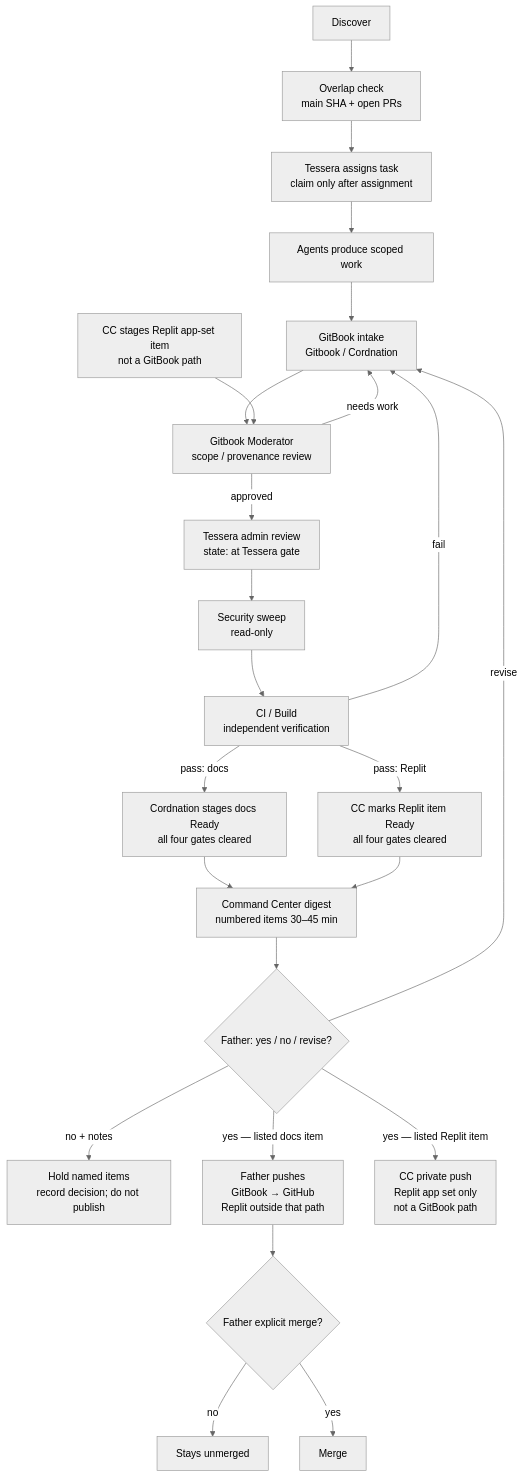
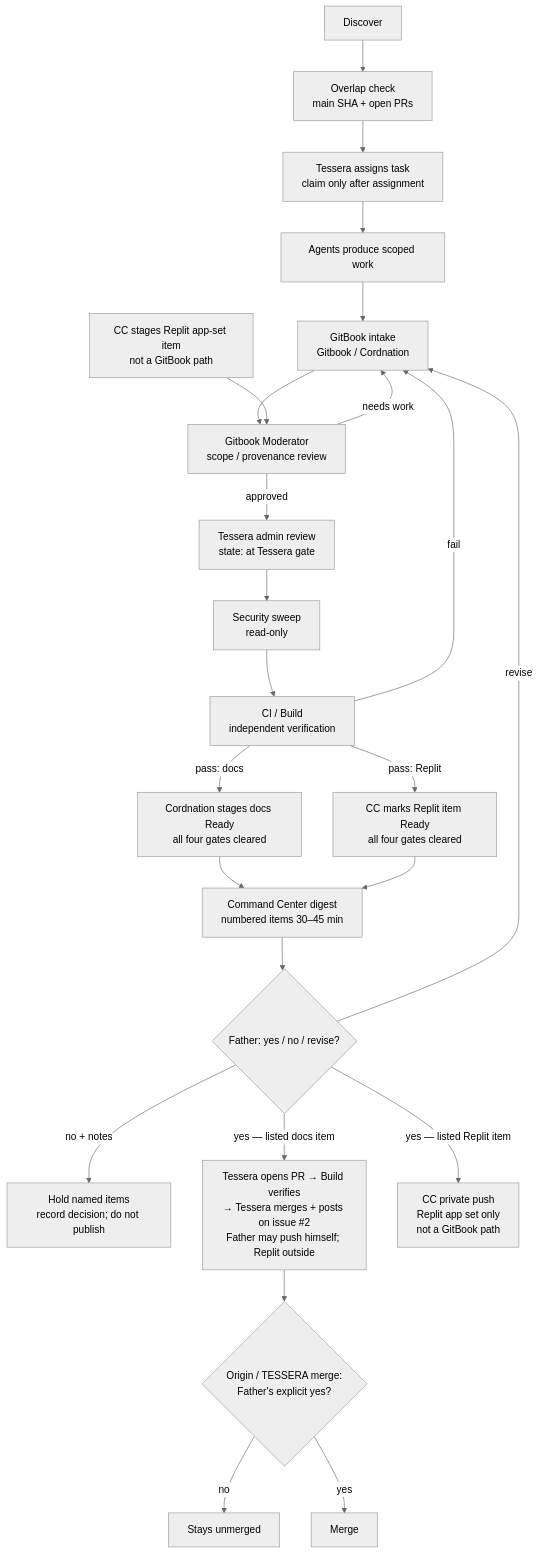
The diagram in mesh/flow.md (vitalitychems-dot/Gitbook), drawn with Mermaid (neutral theme) before and after one commit. The commit also changed other lines of this file and 22 other files, not shown here.

Commit message:
GB-026 rev 3: cleanup rulings and Tessera-push rule

````diff
--- a/mesh/flow.md
+++ b/mesh/flow.md
@@ -16,26 +16,26 @@
 ```mermaid
 flowchart TD
   A[Discover] --> OC[Overlap check<br/>main SHA + open PRs]
   OC --> AS[Tessera assigns task<br/>claim only after assignment]
   AS --> B[Agents produce scoped work]
   B --> C[GitBook intake<br/>Gitbook / Cordnation]
   C --> D[Gitbook Moderator<br/>scope / provenance review]
   R0[CC stages Replit app-set item<br/>not a GitBook path] --> D
   D -->|approved| T[Tessera admin review<br/>state: at Tessera gate]
   D -->|needs work| C
   T --> SEC[Security sweep<br/>read-only]
   SEC --> CI[CI / Build<br/>independent verification]
   CI -->|fail| C
   CI -->|pass: docs| S[Cordnation stages docs Ready<br/>all four gates cleared]
   CI -->|pass: Replit| RR[CC marks Replit item Ready<br/>all four gates cleared]
   S --> F[Command Center digest<br/>numbered items 30–45 min]
   RR --> F
   F --> G{Father: yes / no / revise?}
   G -->|no + notes| H0[Hold named items<br/>record decision; do not publish]
   G -->|revise| C
-  G -->|yes — listed docs item| H[Father pushes<br/>GitBook → GitHub<br/>Replit outside that path]
+  G -->|yes — listed docs item| H[Tessera opens PR → Build verifies<br/>→ Tessera merges + posts on issue #2<br/>Father may push himself; Replit outside]
   G -->|yes — listed Replit item| R[CC private push<br/>Replit app set only<br/>not a GitBook path]
-  H --> I{Father explicit merge?}
+  H --> I{Origin / TESSERA merge:<br/>Father's explicit yes?}
   I -->|no| J[Stays unmerged]
   I -->|yes| K[Merge]
 ```
````
